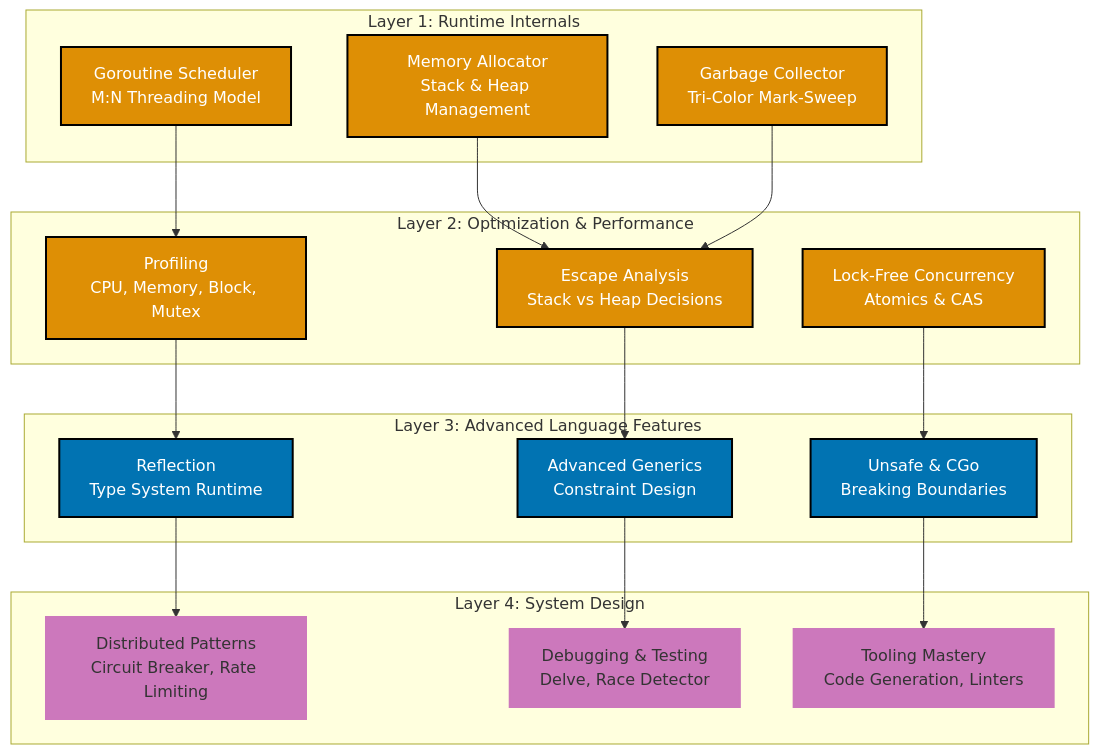
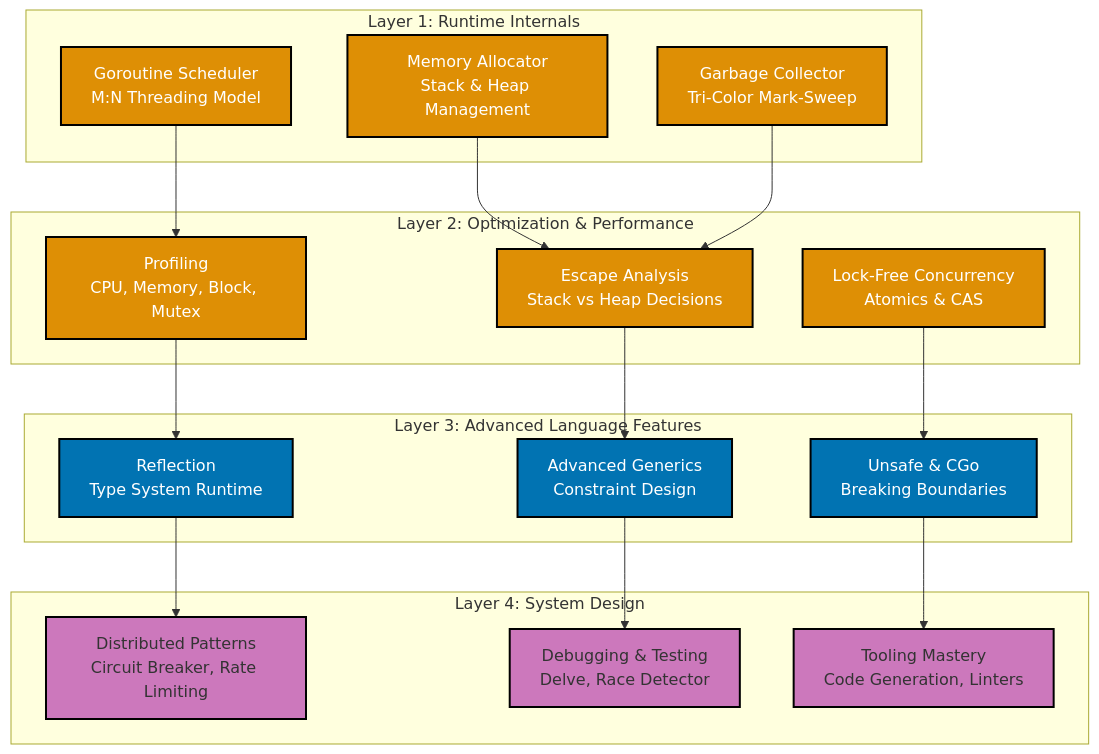
The first of 2 diagrams in apps/ayokoding-web/content/en/learn/software-engineering/programming-language/golang/tutorials/by-concept/advanced.md (wahidyankf/open-sharia-enterprise), drawn with Mermaid before and after one commit. The commit also changed 29 other files, not shown here.

````diff
--- a/apps/ayokoding-web/content/en/learn/software-engineering/programming-language/golang/tutorials/by-concept/advanced.md
+++ b/apps/ayokoding-web/content/en/learn/software-engineering/programming-language/golang/tutorials/by-concept/advanced.md
@@ -37,51 +37,51 @@
 ```mermaid
 graph TB
     subgraph "Layer 1: Runtime Internals"
         A1[Goroutine Scheduler<br/>M:N Threading Model]
         A2[Memory Allocator<br/>Stack & Heap Management]
         A3[Garbage Collector<br/>Tri-Color Mark-Sweep]
     end
 
     subgraph "Layer 2: Optimization & Performance"
         B1[Profiling<br/>CPU, Memory, Block, Mutex]
         B2[Escape Analysis<br/>Stack vs Heap Decisions]
         B3[Lock-Free Concurrency<br/>Atomics & CAS]
     end
 
     subgraph "Layer 3: Advanced Language Features"
         C1[Reflection<br/>Type System Runtime]
         C2[Advanced Generics<br/>Constraint Design]
         C3[Unsafe & CGo<br/>Breaking Boundaries]
     end
 
     subgraph "Layer 4: System Design"
         D1[Distributed Patterns<br/>Circuit Breaker, Rate Limiting]
         D2[Debugging & Testing<br/>Delve, Race Detector]
         D3[Tooling Mastery<br/>Code Generation, Linters]
     end
 
     A1 --> B1
     A2 --> B2
     A3 --> B2
 
     B1 --> C1
     B2 --> C2
     B3 --> C3
 
     C1 --> D1
     C2 --> D2
     C3 --> D3
 
     style A1 fill:#DE8F05,stroke:#000000,color:#FFFFFF,stroke-width:2px
     style A2 fill:#DE8F05,stroke:#000000,color:#FFFFFF,stroke-width:2px
     style A3 fill:#DE8F05,stroke:#000000,color:#FFFFFF,stroke-width:2px
     style B1 fill:#DE8F05,stroke:#000000,color:#FFFFFF,stroke-width:2px
     style B2 fill:#DE8F05,stroke:#000000,color:#FFFFFF,stroke-width:2px
     style B3 fill:#DE8F05,stroke:#000000,color:#FFFFFF,stroke-width:2px
     style C1 fill:#0173B2,stroke:#000000,color:#FFFFFF,stroke-width:2px
     style C2 fill:#0173B2,stroke:#000000,color:#FFFFFF,stroke-width:2px
     style C3 fill:#0173B2,stroke:#000000,color:#FFFFFF,stroke-width:2px
-    style D1 fill:#CC78BC,stroke:#CC78BC,stroke-width:2px
-    style D2 fill:#CC78BC,stroke:#CC78BC,stroke-width:2px
-    style D3 fill:#CC78BC,stroke:#CC78BC,stroke-width:2px
+    style D1 fill:#CC78BC,stroke:#000000,stroke-width:2px
+    style D2 fill:#CC78BC,stroke:#000000,stroke-width:2px
+    style D3 fill:#CC78BC,stroke:#000000,stroke-width:2px
 ```
````
